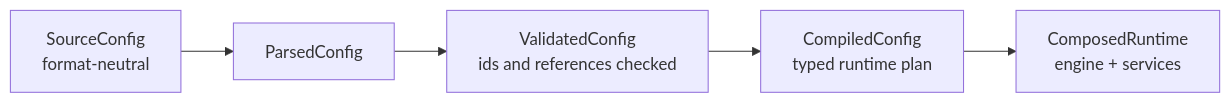
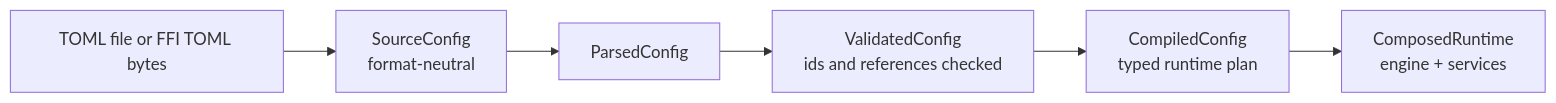
The third of 9 diagrams in docs/current-architecture.md (loafman1120/RustBox), drawn with Mermaid before and after one commit. The commit also changed other lines of this file and 36 other files, not shown here.

Commit message:
Align app CLI with config architecture

````diff
--- a/docs/current-architecture.md
+++ b/docs/current-architecture.md
@@ -230,10 +249,11 @@
 ```mermaid
 flowchart LR
+    FILE["TOML file or FFI TOML bytes"]
     SOURCE["SourceConfig\nformat-neutral"]
     PARSED["ParsedConfig"]
     VALIDATED["ValidatedConfig\nids and references checked"]
     COMPILED["CompiledConfig\ntyped runtime plan"]
     COMPOSED["ComposedRuntime\nengine + services"]
 
-    SOURCE --> PARSED --> VALIDATED --> COMPILED --> COMPOSED
+    FILE --> SOURCE --> PARSED --> VALIDATED --> COMPILED --> COMPOSED
 ```
````
